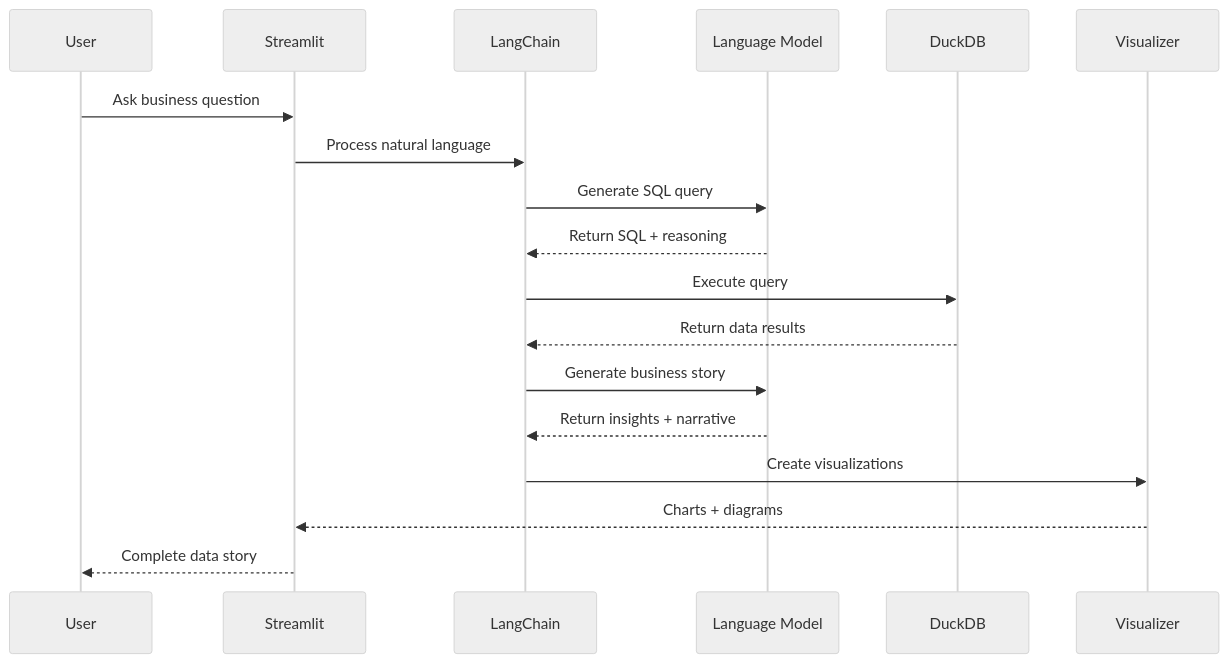
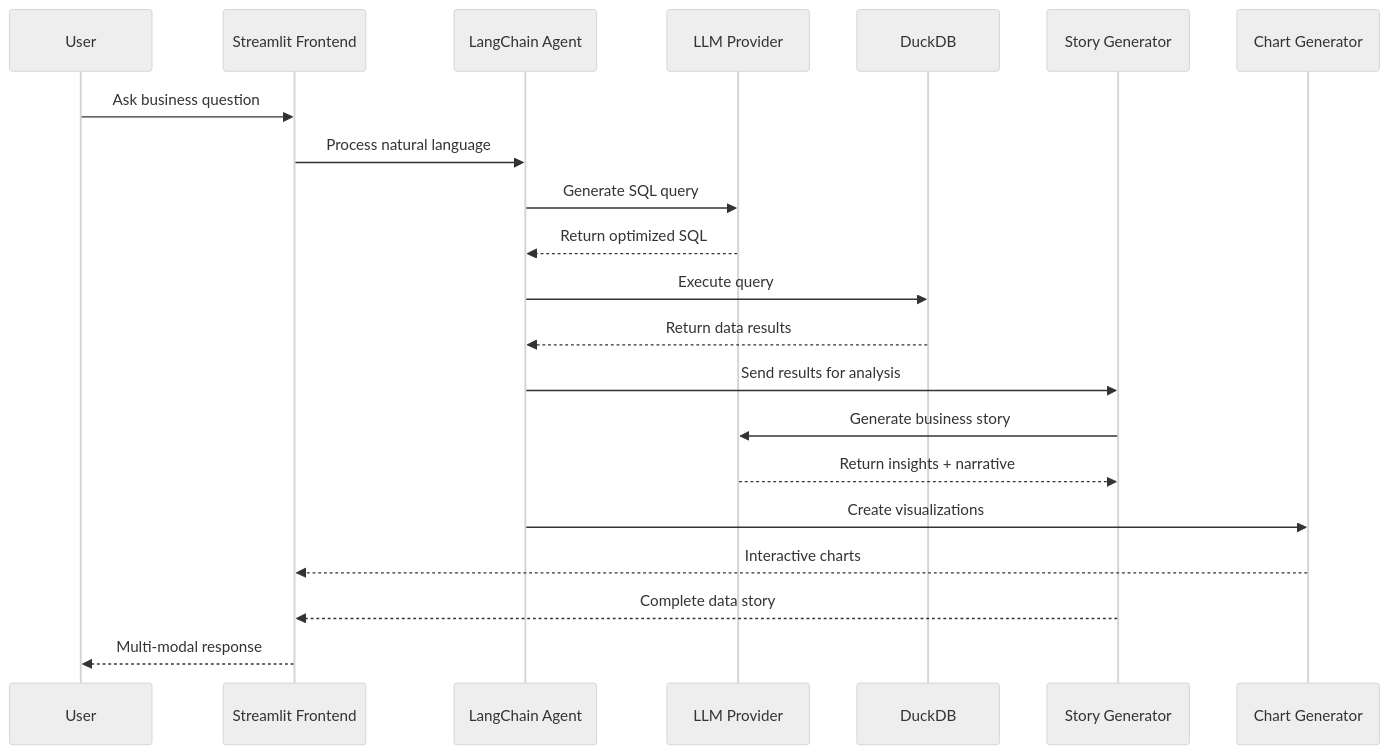
One commit to kanad13/Data-Story-AI changed the fifth of 5 diagrams in README.md. Above: the diagram before and after it, drawn with Mermaid (neutral theme). The commit also changed other lines of this file and 1 other file, not shown here.

````diff
--- a/README.md
+++ b/README.md
@@ -177,21 +175,24 @@
 ```mermaid
 sequenceDiagram
     participant U as User
-    participant S as Streamlit
-    participant L as LangChain
-    participant LLM as Language Model
+    participant S as Streamlit Frontend
+    participant L as LangChain Agent
+    participant M as LLM Provider
     participant D as DuckDB
-    participant V as Visualizer
+    participant G as Story Generator
+    participant V as Chart Generator
 
     U->>S: Ask business question
     S->>L: Process natural language
-    L->>LLM: Generate SQL query
-    LLM-->>L: Return SQL + reasoning
+    L->>M: Generate SQL query
+    M-->>L: Return optimized SQL
     L->>D: Execute query
     D-->>L: Return data results
-    L->>LLM: Generate business story
-    LLM-->>L: Return insights + narrative
+    L->>G: Send results for analysis
+    G->>M: Generate business story
+    M-->>G: Return insights + narrative
     L->>V: Create visualizations
-    V-->>S: Charts + diagrams
-    S-->>U: Complete data story
+    V-->>S: Interactive charts
+    G-->>S: Complete data story
+    S-->>U: Multi-modal response
 ```
````
